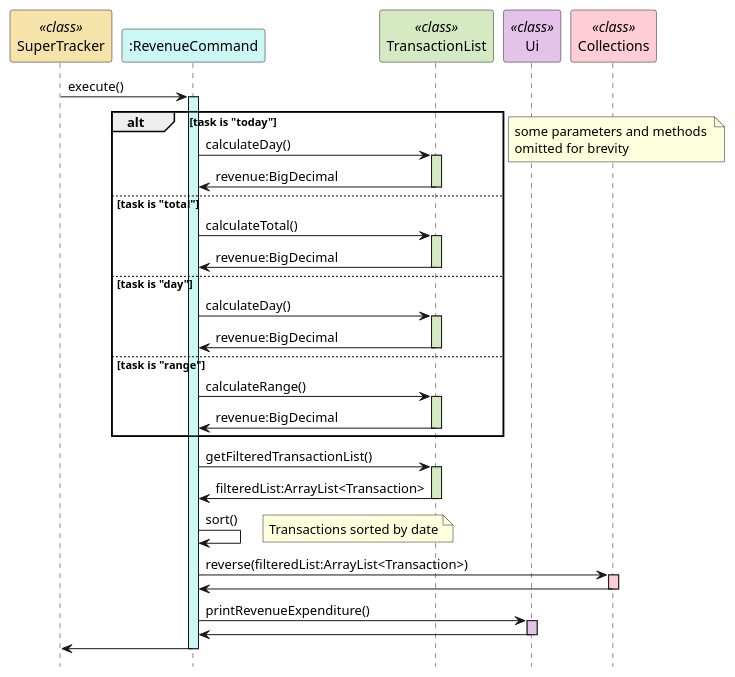
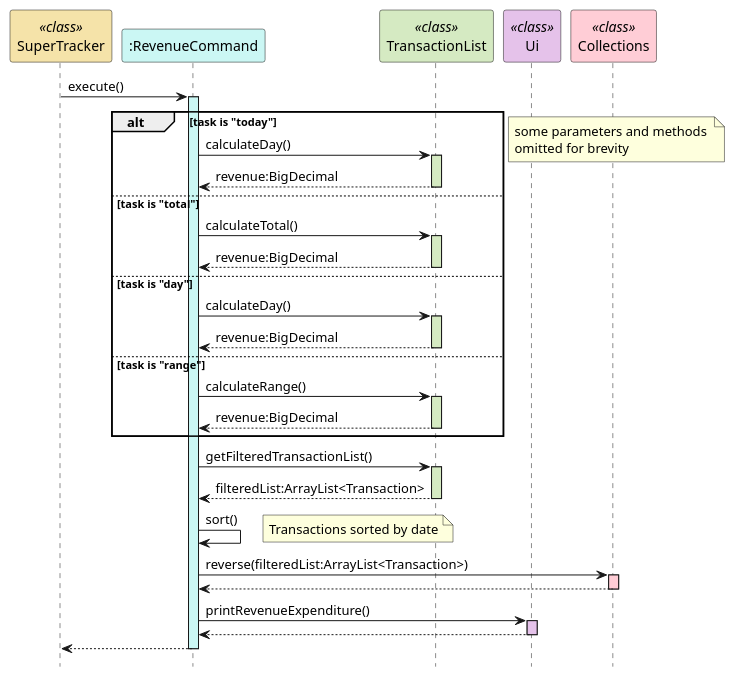
One commit to rismm/tp changed the second of 2 diagrams in docs/uml-diagrams/RevenueCommand.puml. Above: the diagram before and after it, drawn with PlantUML. The commit also changed 3 other files, not shown here.

Commit message:
Fix UML diagrams

```diff
--- a/docs/uml-diagrams/RevenueCommand.puml
+++ b/docs/uml-diagrams/RevenueCommand.puml
@@ -57,58 +57,59 @@
 @startuml
 hide footbox
 participant "SuperTracker" as SuperTracker <<class>> #f5e3a9
 participant ":RevenueCommand" as RevenueCommand #cbf7f4
 participant "TransactionList" as TransactionList <<class>> #d5eac2
 participant "Ui" as Ui <<class>> #e5c2ea
 participant "Collections" as Collections <<class>> #ffcdd6
 
 SuperTracker -> RevenueCommand : execute()
 activate RevenueCommand #cbf7f4
 alt task is "today"
     RevenueCommand -> TransactionList : calculateDay()
     activate TransactionList #d5eac2
-    TransactionList -> RevenueCommand : revenue:BigDecimal
+    TransactionList --> RevenueCommand : revenue:BigDecimal
     deactivate TransactionList
 
 else task is "total"
     RevenueCommand -> TransactionList : calculateTotal()
     activate TransactionList #d5eac2
-    TransactionList -> RevenueCommand : revenue:BigDecimal
+    TransactionList --> RevenueCommand : revenue:BigDecimal
     deactivate TransactionList
 
 else task is "day"
     RevenueCommand -> TransactionList : calculateDay()
     activate TransactionList #d5eac2
-    TransactionList -> RevenueCommand : revenue:BigDecimal
+    TransactionList --> RevenueCommand : revenue:BigDecimal
     deactivate TransactionList
 
 else task is "range"
     RevenueCommand -> TransactionList : calculateRange()
     activate TransactionList #d5eac2
-    TransactionList -> RevenueCommand : revenue:BigDecimal
+    TransactionList --> RevenueCommand : revenue:BigDecimal
     deactivate TransactionList
 end
+
 note right : some parameters and methods \nomitted for brevity
 
 RevenueCommand -> TransactionList : getFilteredTransactionList()
 activate TransactionList #d5eac2
-TransactionList -> RevenueCommand : filteredList:ArrayList<Transaction>
+TransactionList --> RevenueCommand : filteredList:ArrayList<Transaction>
 deactivate TransactionList
 
 RevenueCommand -> RevenueCommand : sort()
 note right : Transactions sorted by date
 
 RevenueCommand -> Collections : reverse(filteredList:ArrayList<Transaction>)
 activate Collections #ffcdd6
-Collections -> RevenueCommand
+Collections --> RevenueCommand
 deactivate Collections
 
 RevenueCommand -> Ui : printRevenueExpenditure()
 activate Ui #e5c2ea
-Ui -> RevenueCommand
+Ui --> RevenueCommand
 deactivate Ui
 
-RevenueCommand -> SuperTracker
+RevenueCommand --> SuperTracker
 deactivate RevenueCommand
 
 @enduml
```
